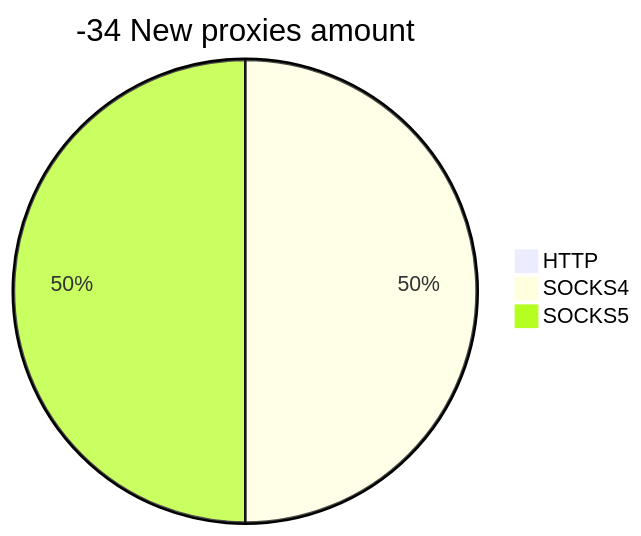
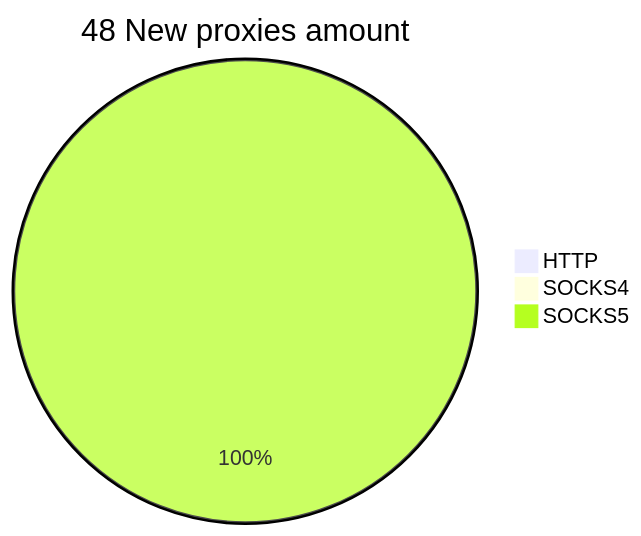
The second of 2 diagrams in README.md (cutipu/proxylist), drawn with Mermaid before and after one commit. The commit also changed other lines of this file, not shown here.

````diff
--- a/README.md
+++ b/README.md
@@ -10,6 +10,6 @@
 ```mermaid
-pie title -34 New proxies amount
+pie title 48 New proxies amount
     "HTTP" : 0
-    "SOCKS4" : 1
-    "SOCKS5" : 1
+    "SOCKS4" : 0
+    "SOCKS5" : 49
 ```
````
